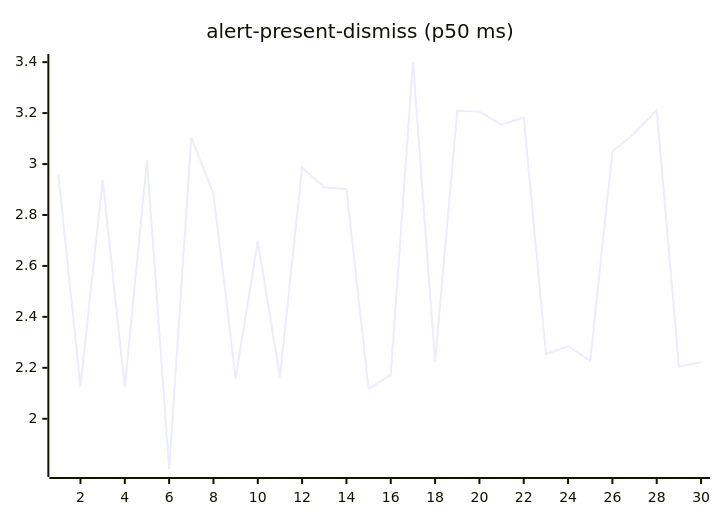
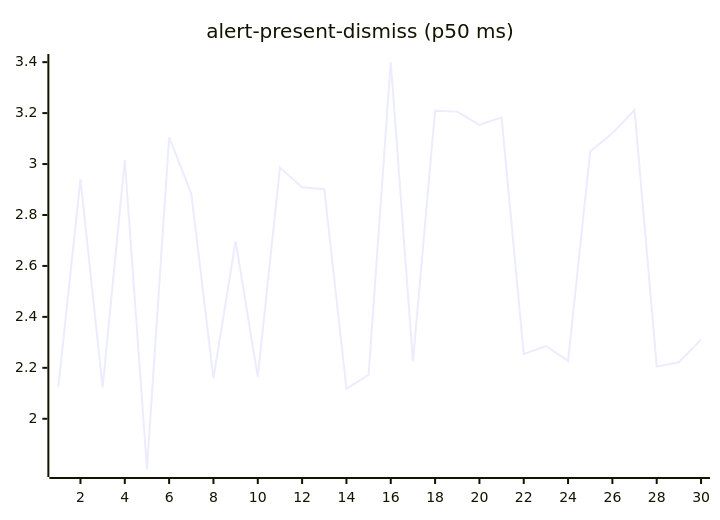
One commit to josha/Facet changed the second of 27 diagrams in README.md. Above: the diagram before and after it, drawn with Mermaid. The commit also changed other lines of this file and 2 other files, not shown here.

````diff
--- a/README.md
+++ b/README.md
@@ -70,6 +70,6 @@
 ```mermaid
 xychart-beta
     title "alert-present-dismiss (p50 ms)"
     x-axis 1 --> 30
-    line [2.9589, 2.1244, 2.9396, 2.1232, 3.0157, 1.8028, 3.1043, 2.8834, 2.1588, 2.6974, 2.1643, 2.9862, 2.9085, 2.9011, 2.1177, 2.1729, 3.4006, 2.2253, 3.2090, 3.2058, 3.1536, 3.1837, 2.2536, 2.2857, 2.2272, 3.0496, 3.1212, 3.2117, 2.2054, 2.2216]
+    line [2.1244, 2.9396, 2.1232, 3.0157, 1.8028, 3.1043, 2.8834, 2.1588, 2.6974, 2.1643, 2.9862, 2.9085, 2.9011, 2.1177, 2.1729, 3.4006, 2.2253, 3.2090, 3.2058, 3.1536, 3.1837, 2.2536, 2.2857, 2.2272, 3.0496, 3.1212, 3.2117, 2.2054, 2.2216, 2.3109]
 ```
````
